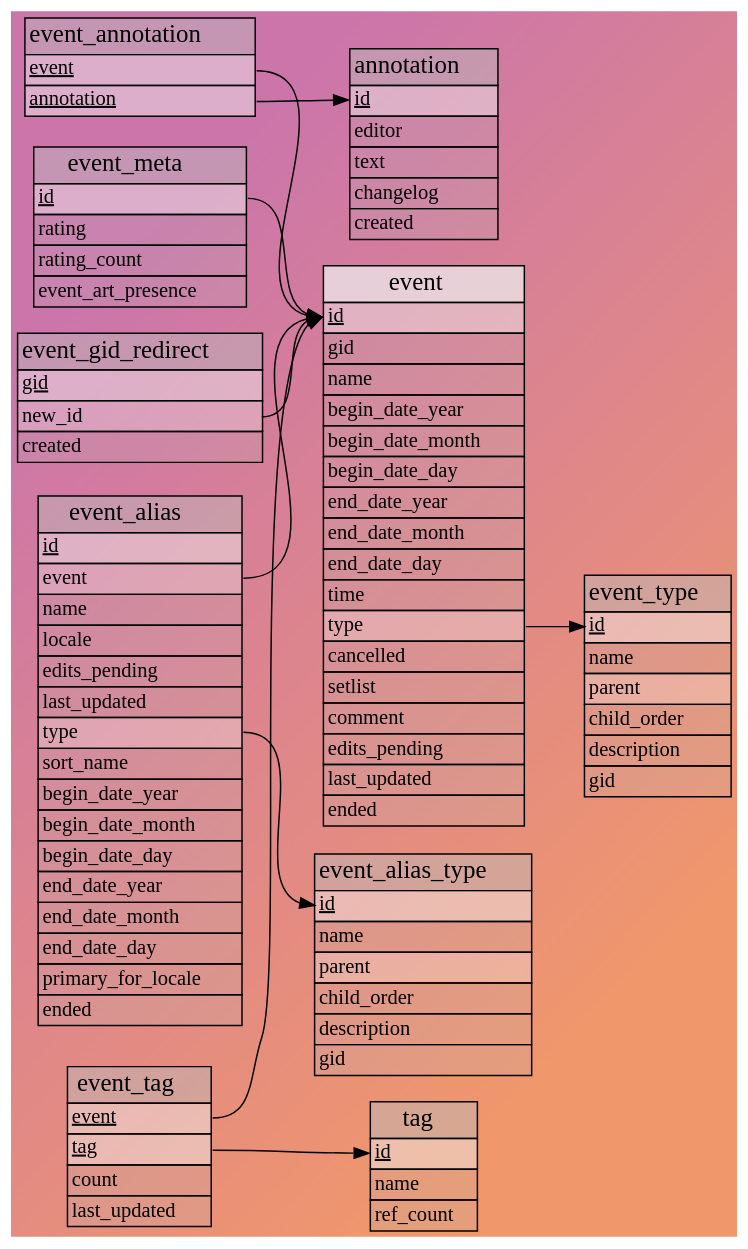
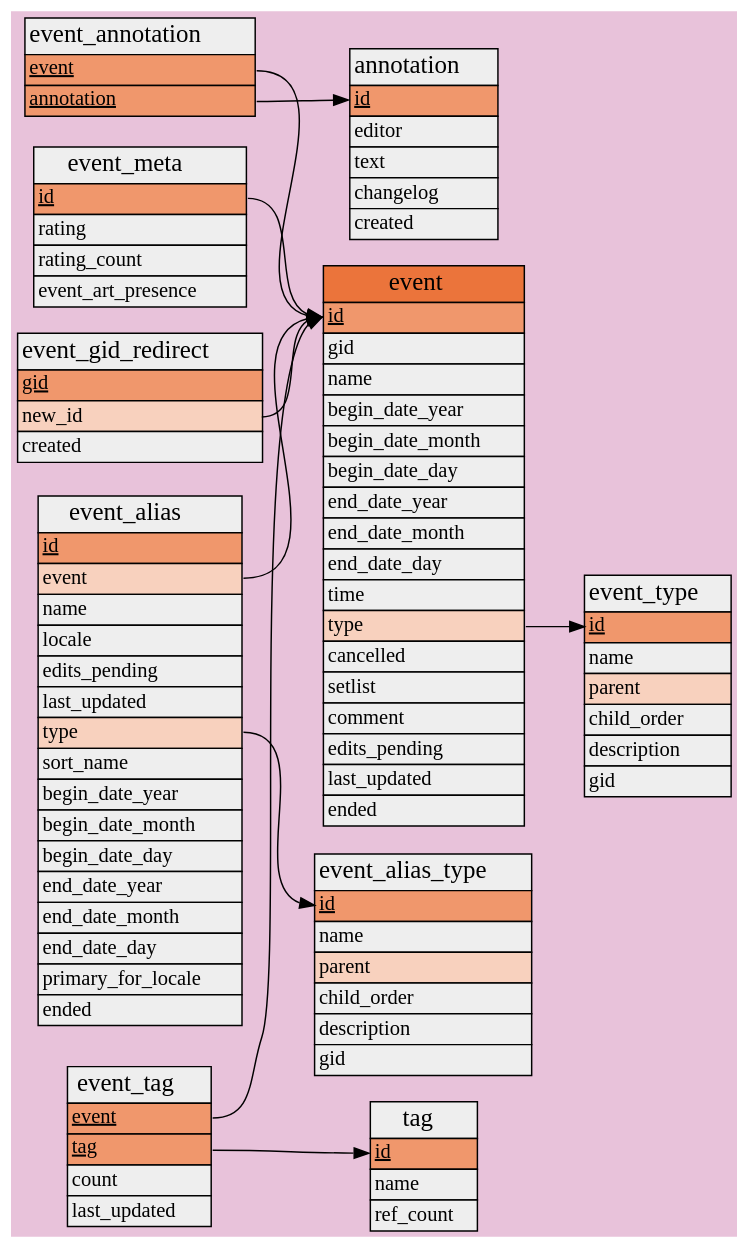
The diagram in docs/database_schema_diagrams/graphs/event_entity_details.dot (metabrainz/musicbrainz-server), drawn with Graphviz before and after one commit. The commit also changed 45 other files, not shown here.

First line of the commit message:
Regenerate graphs and images with new colors

```diff
--- a/docs/database_schema_diagrams/graphs/event_entity_details.dot
+++ b/docs/database_schema_diagrams/graphs/event_entity_details.dot
@@ -3,9 +3,8 @@
 digraph event_entity_details {
     tooltip = "Tables for the “event” entity type properties"
     graph [
-        bgcolor = "#cb75ab:#f0976c"
+        bgcolor = "#e8c2da"
         concentrate = true
-        gradientangle = 330
         pack = true
         rankdir = "LR"
     ];
@@ -17,136 +16,136 @@
     "musicbrainz.annotation" [
         label = <
             <table border="0" cellspacing="0" cellborder="1">
-                <tr><td bgcolor="#bbbbbb77"><font point-size="17">annotation</font></td></tr>
-                <tr><td bgcolor="#eeeeee77" align="left" port="id"><font point-size="14"><u>id</u></font></td></tr>
-                <tr><td bgcolor="#bbbbbb33" align="left" port="editor"><font point-size="14">editor</font></td></tr>
-                <tr><td bgcolor="#bbbbbb33" align="left" port="text"><font point-size="14">text</font></td></tr>
-                <tr><td bgcolor="#bbbbbb33" align="left" port="changelog"><font point-size="14">changelog</font></td></tr>
-                <tr><td bgcolor="#bbbbbb33" align="left" port="created"><font point-size="14">created</font></td></tr>
+                <tr><td bgcolor="#eeeeee"><font point-size="17">annotation</font></td></tr>
+                <tr><td bgcolor="#f0976c" align="left" port="id"><font point-size="14"><u>id</u></font></td></tr>
+                <tr><td bgcolor="#eeeeee" align="left" port="editor"><font point-size="14">editor</font></td></tr>
+                <tr><td bgcolor="#eeeeee" align="left" port="text"><font point-size="14">text</font></td></tr>
+                <tr><td bgcolor="#eeeeee" align="left" port="changelog"><font point-size="14">changelog</font></td></tr>
+                <tr><td bgcolor="#eeeeee" align="left" port="created"><font point-size="14">created</font></td></tr>
             </table>
         >
     ];
     "musicbrainz.event" [
         label = <
             <table border="0" cellspacing="0" cellborder="1">
-                <tr><td bgcolor="#eeeeeebb"><font point-size="17">event</font></td></tr>
-                <tr><td bgcolor="#eeeeee77" align="left" port="id"><font point-size="14"><u>id</u></font></td></tr>
-                <tr><td bgcolor="#bbbbbb33" align="left" port="gid"><font point-size="14">gid</font></td></tr>
-                <tr><td bgcolor="#bbbbbb33" align="left" port="name"><font point-size="14">name</font></td></tr>
-                <tr><td bgcolor="#bbbbbb33" align="left" port="begin_date_year"><font point-size="14">begin_date_year</font></td></tr>
-                <tr><td bgcolor="#bbbbbb33" align="left" port="begin_date_month"><font point-size="14">begin_date_month</font></td></tr>
-                <tr><td bgcolor="#bbbbbb33" align="left" port="begin_date_day"><font point-size="14">begin_date_day</font></td></tr>
-                <tr><td bgcolor="#bbbbbb33" align="left" port="end_date_year"><font point-size="14">end_date_year</font></td></tr>
-                <tr><td bgcolor="#bbbbbb33" align="left" port="end_date_month"><font point-size="14">end_date_month</font></td></tr>
-                <tr><td bgcolor="#bbbbbb33" align="left" port="end_date_day"><font point-size="14">end_date_day</font></td></tr>
-                <tr><td bgcolor="#bbbbbb33" align="left" port="time"><font point-size="14">time</font></td></tr>
-                <tr><td bgcolor="#eeeeee55" align="left" port="type"><font point-size="14">type</font></td></tr>
-                <tr><td bgcolor="#bbbbbb33" align="left" port="cancelled"><font point-size="14">cancelled</font></td></tr>
-                <tr><td bgcolor="#bbbbbb33" align="left" port="setlist"><font point-size="14">setlist</font></td></tr>
-                <tr><td bgcolor="#bbbbbb33" align="left" port="comment"><font point-size="14">comment</font></td></tr>
-                <tr><td bgcolor="#bbbbbb33" align="left" port="edits_pending"><font point-size="14">edits_pending</font></td></tr>
-                <tr><td bgcolor="#bbbbbb33" align="left" port="last_updated"><font point-size="14">last_updated</font></td></tr>
-                <tr><td bgcolor="#bbbbbb33" align="left" port="ended"><font point-size="14">ended</font></td></tr>
+                <tr><td bgcolor="#eb743b"><font point-size="17">event</font></td></tr>
+                <tr><td bgcolor="#f0976c" align="left" port="id"><font point-size="14"><u>id</u></font></td></tr>
+                <tr><td bgcolor="#eeeeee" align="left" port="gid"><font point-size="14">gid</font></td></tr>
+                <tr><td bgcolor="#eeeeee" align="left" port="name"><font point-size="14">name</font></td></tr>
+                <tr><td bgcolor="#eeeeee" align="left" port="begin_date_year"><font point-size="14">begin_date_year</font></td></tr>
+                <tr><td bgcolor="#eeeeee" align="left" port="begin_date_month"><font point-size="14">begin_date_month</font></td></tr>
+                <tr><td bgcolor="#eeeeee" align="left" port="begin_date_day"><font point-size="14">begin_date_day</font></td></tr>
+                <tr><td bgcolor="#eeeeee" align="left" port="end_date_year"><font point-size="14">end_date_year</font></td></tr>
+                <tr><td bgcolor="#eeeeee" align="left" port="end_date_month"><font point-size="14">end_date_month</font></td></tr>
+                <tr><td bgcolor="#eeeeee" align="left" port="end_date_day"><font point-size="14">end_date_day</font></td></tr>
+                <tr><td bgcolor="#eeeeee" align="left" port="time"><font point-size="14">time</font></td></tr>
+                <tr><td bgcolor="#f8d1be" align="left" port="type"><font point-size="14">type</font></td></tr>
+                <tr><td bgcolor="#eeeeee" align="left" port="cancelled"><font point-size="14">cancelled</font></td></tr>
+                <tr><td bgcolor="#eeeeee" align="left" port="setlist"><font point-size="14">setlist</font></td></tr>
+                <tr><td bgcolor="#eeeeee" align="left" port="comment"><font point-size="14">comment</font></td></tr>
+                <tr><td bgcolor="#eeeeee" align="left" port="edits_pending"><font point-size="14">edits_pending</font></td></tr>
+                <tr><td bgcolor="#eeeeee" align="left" port="last_updated"><font point-size="14">last_updated</font></td></tr>
+                <tr><td bgcolor="#eeeeee" align="left" port="ended"><font point-size="14">ended</font></td></tr>
             </table>
         >
     ];
     "musicbrainz.event_alias" [
         label = <
             <table border="0" cellspacing="0" cellborder="1">
-                <tr><td bgcolor="#bbbbbb77"><font point-size="17">event_alias</font></td></tr>
-                <tr><td bgcolor="#eeeeee77" align="left" port="id"><font point-size="14"><u>id</u></font></td></tr>
-                <tr><td bgcolor="#eeeeee55" align="left" port="event"><font point-size="14">event</font></td></tr>
-                <tr><td bgcolor="#bbbbbb33" align="left" port="name"><font point-size="14">name</font></td></tr>
-                <tr><td bgcolor="#bbbbbb33" align="left" port="locale"><font point-size="14">locale</font></td></tr>
-                <tr><td bgcolor="#bbbbbb33" align="left" port="edits_pending"><font point-size="14">edits_pending</font></td></tr>
-                <tr><td bgcolor="#bbbbbb33" align="left" port="last_updated"><font point-size="14">last_updated</font></td></tr>
-                <tr><td bgcolor="#eeeeee55" align="left" port="type"><font point-size="14">type</font></td></tr>
-                <tr><td bgcolor="#bbbbbb33" align="left" port="sort_name"><font point-size="14">sort_name</font></td></tr>
-                <tr><td bgcolor="#bbbbbb33" align="left" port="begin_date_year"><font point-size="14">begin_date_year</font></td></tr>
-                <tr><td bgcolor="#bbbbbb33" align="left" port="begin_date_month"><font point-size="14">begin_date_month</font></td></tr>
-                <tr><td bgcolor="#bbbbbb33" align="left" port="begin_date_day"><font point-size="14">begin_date_day</font></td></tr>
-                <tr><td bgcolor="#bbbbbb33" align="left" port="end_date_year"><font point-size="14">end_date_year</font></td></tr>
-                <tr><td bgcolor="#bbbbbb33" align="left" port="end_date_month"><font point-size="14">end_date_month</font></td></tr>
-                <tr><td bgcolor="#bbbbbb33" align="left" port="end_date_day"><font point-size="14">end_date_day</font></td></tr>
-                <tr><td bgcolor="#bbbbbb33" align="left" port="primary_for_locale"><font point-size="14">primary_for_locale</font></td></tr>
-                <tr><td bgcolor="#bbbbbb33" align="left" port="ended"><font point-size="14">ended</font></td></tr>
+                <tr><td bgcolor="#eeeeee"><font point-size="17">event_alias</font></td></tr>
+                <tr><td bgcolor="#f0976c" align="left" port="id"><font point-size="14"><u>id</u></font></td></tr>
+                <tr><td bgcolor="#f8d1be" align="left" port="event"><font point-size="14">event</font></td></tr>
+                <tr><td bgcolor="#eeeeee" align="left" port="name"><font point-size="14">name</font></td></tr>
+                <tr><td bgcolor="#eeeeee" align="left" port="locale"><font point-size="14">locale</font></td></tr>
+                <tr><td bgcolor="#eeeeee" align="left" port="edits_pending"><font point-size="14">edits_pending</font></td></tr>
+                <tr><td bgcolor="#eeeeee" align="left" port="last_updated"><font point-size="14">last_updated</font></td></tr>
+                <tr><td bgcolor="#f8d1be" align="left" port="type"><font point-size="14">type</font></td></tr>
+                <tr><td bgcolor="#eeeeee" align="left" port="sort_name"><font point-size="14">sort_name</font></td></tr>
+                <tr><td bgcolor="#eeeeee" align="left" port="begin_date_year"><font point-size="14">begin_date_year</font></td></tr>
+                <tr><td bgcolor="#eeeeee" align="left" port="begin_date_month"><font point-size="14">begin_date_month</font></td></tr>
+                <tr><td bgcolor="#eeeeee" align="left" port="begin_date_day"><font point-size="14">begin_date_day</font></td></tr>
+                <tr><td bgcolor="#eeeeee" align="left" port="end_date_year"><font point-size="14">end_date_year</font></td></tr>
+                <tr><td bgcolor="#eeeeee" align="left" port="end_date_month"><font point-size="14">end_date_month</font></td></tr>
+                <tr><td bgcolor="#eeeeee" align="left" port="end_date_day"><font point-size="14">end_date_day</font></td></tr>
+                <tr><td bgcolor="#eeeeee" align="left" port="primary_for_locale"><font point-size="14">primary_for_locale</font></td></tr>
+                <tr><td bgcolor="#eeeeee" align="left" port="ended"><font point-size="14">ended</font></td></tr>
             </table>
         >
     ];
     "musicbrainz.event_alias_type" [
         label = <
             <table border="0" cellspacing="0" cellborder="1">
-                <tr><td bgcolor="#bbbbbb77"><font point-size="17">event_alias_type</font></td></tr>
-                <tr><td bgcolor="#eeeeee77" align="left" port="id"><font point-size="14"><u>id</u></font></td></tr>
-                <tr><td bgcolor="#bbbbbb33" align="left" port="name"><font point-size="14">name</font></td></tr>
-                <tr><td bgcolor="#eeeeee55" align="left" port="parent"><font point-size="14">parent</font></td></tr>
-                <tr><td bgcolor="#bbbbbb33" align="left" port="child_order"><font point-size="14">child_order</font></td></tr>
-                <tr><td bgcolor="#bbbbbb33" align="left" port="description"><font point-size="14">description</font></td></tr>
-                <tr><td bgcolor="#bbbbbb33" align="left" port="gid"><font point-size="14">gid</font></td></tr>
+                <tr><td bgcolor="#eeeeee"><font point-size="17">event_alias_type</font></td></tr>
+                <tr><td bgcolor="#f0976c" align="left" port="id"><font point-size="14"><u>id</u></font></td></tr>
+                <tr><td bgcolor="#eeeeee" align="left" port="name"><font point-size="14">name</font></td></tr>
+                <tr><td bgcolor="#f8d1be" align="left" port="parent"><font point-size="14">parent</font></td></tr>
+                <tr><td bgcolor="#eeeeee" align="left" port="child_order"><font point-size="14">child_order</font></td></tr>
+                <tr><td bgcolor="#eeeeee" align="left" port="description"><font point-size="14">description</font></td></tr>
+                <tr><td bgcolor="#eeeeee" align="left" port="gid"><font point-size="14">gid</font></td></tr>
             </table>
         >
     ];
     "musicbrainz.event_annotation" [
         label = <
             <table border="0" cellspacing="0" cellborder="1">
-                <tr><td bgcolor="#bbbbbb77"><font point-size="17">event_annotation</font></td></tr>
-                <tr><td bgcolor="#eeeeee77" align="left" port="event"><font point-size="14"><u>event</u></font></td></tr>
-                <tr><td bgcolor="#eeeeee77" align="left" port="annotation"><font point-size="14"><u>annotation</u></font></td></tr>
+                <tr><td bgcolor="#eeeeee"><font point-size="17">event_annotation</font></td></tr>
+                <tr><td bgcolor="#f0976c" align="left" port="event"><font point-size="14"><u>event</u></font></td></tr>
+                <tr><td bgcolor="#f0976c" align="left" port="annotation"><font point-size="14"><u>annotation</u></font></td></tr>
             </table>
         >
     ];
     "musicbrainz.event_gid_redirect" [
         label = <
             <table border="0" cellspacing="0" cellborder="1">
-                <tr><td bgcolor="#bbbbbb77"><font point-size="17">event_gid_redirect</font></td></tr>
-                <tr><td bgcolor="#eeeeee77" align="left" port="gid"><font point-size="14"><u>gid</u></font></td></tr>
-                <tr><td bgcolor="#eeeeee55" align="left" port="new_id"><font point-size="14">new_id</font></td></tr>
-                <tr><td bgcolor="#bbbbbb33" align="left" port="created"><font point-size="14">created</font></td></tr>
+                <tr><td bgcolor="#eeeeee"><font point-size="17">event_gid_redirect</font></td></tr>
+                <tr><td bgcolor="#f0976c" align="left" port="gid"><font point-size="14"><u>gid</u></font></td></tr>
+                <tr><td bgcolor="#f8d1be" align="left" port="new_id"><font point-size="14">new_id</font></td></tr>
+                <tr><td bgcolor="#eeeeee" align="left" port="created"><font point-size="14">created</font></td></tr>
             </table>
         >
     ];
     "musicbrainz.event_meta" [
         label = <
             <table border="0" cellspacing="0" cellborder="1">
-                <tr><td bgcolor="#bbbbbb77"><font point-size="17">event_meta</font></td></tr>
-                <tr><td bgcolor="#eeeeee77" align="left" port="id"><font point-size="14"><u>id</u></font></td></tr>
-                <tr><td bgcolor="#bbbbbb33" align="left" port="rating"><font point-size="14">rating</font></td></tr>
-                <tr><td bgcolor="#bbbbbb33" align="left" port="rating_count"><font point-size="14">rating_count</font></td></tr>
-                <tr><td bgcolor="#bbbbbb33" align="left" port="event_art_presence"><font point-size="14">event_art_presence</font></td></tr>
+                <tr><td bgcolor="#eeeeee"><font point-size="17">event_meta</font></td></tr>
+                <tr><td bgcolor="#f0976c" align="left" port="id"><font point-size="14"><u>id</u></font></td></tr>
+                <tr><td bgcolor="#eeeeee" align="left" port="rating"><font point-size="14">rating</font></td></tr>
+                <tr><td bgcolor="#eeeeee" align="left" port="rating_count"><font point-size="14">rating_count</font></td></tr>
+                <tr><td bgcolor="#eeeeee" align="left" port="event_art_presence"><font point-size="14">event_art_presence</font></td></tr>
             </table>
         >
     ];
     "musicbrainz.event_tag" [
         label = <
             <table border="0" cellspacing="0" cellborder="1">
-                <tr><td bgcolor="#bbbbbb77"><font point-size="17">event_tag</font></td></tr>
-                <tr><td bgcolor="#eeeeee77" align="left" port="event"><font point-size="14"><u>event</u></font></td></tr>
-                <tr><td bgcolor="#eeeeee77" align="left" port="tag"><font point-size="14"><u>tag</u></font></td></tr>
-                <tr><td bgcolor="#bbbbbb33" align="left" port="count"><font point-size="14">count</font></td></tr>
-                <tr><td bgcolor="#bbbbbb33" align="left" port="last_updated"><font point-size="14">last_updated</font></td></tr>
+                <tr><td bgcolor="#eeeeee"><font point-size="17">event_tag</font></td></tr>
+                <tr><td bgcolor="#f0976c" align="left" port="event"><font point-size="14"><u>event</u></font></td></tr>
+                <tr><td bgcolor="#f0976c" align="left" port="tag"><font point-size="14"><u>tag</u></font></td></tr>
+                <tr><td bgcolor="#eeeeee" align="left" port="count"><font point-size="14">count</font></td></tr>
+                <tr><td bgcolor="#eeeeee" align="left" port="last_updated"><font point-size="14">last_updated</font></td></tr>
             </table>
         >
     ];
     "musicbrainz.event_type" [
         label = <
             <table border="0" cellspacing="0" cellborder="1">
-                <tr><td bgcolor="#bbbbbb77"><font point-size="17">event_type</font></td></tr>
-                <tr><td bgcolor="#eeeeee77" align="left" port="id"><font point-size="14"><u>id</u></font></td></tr>
-                <tr><td bgcolor="#bbbbbb33" align="left" port="name"><font point-size="14">name</font></td></tr>
-                <tr><td bgcolor="#eeeeee55" align="left" port="parent"><font point-size="14">parent</font></td></tr>
-                <tr><td bgcolor="#bbbbbb33" align="left" port="child_order"><font point-size="14">child_order</font></td></tr>
-                <tr><td bgcolor="#bbbbbb33" align="left" port="description"><font point-size="14">description</font></td></tr>
-                <tr><td bgcolor="#bbbbbb33" align="left" port="gid"><font point-size="14">gid</font></td></tr>
+                <tr><td bgcolor="#eeeeee"><font point-size="17">event_type</font></td></tr>
+                <tr><td bgcolor="#f0976c" align="left" port="id"><font point-size="14"><u>id</u></font></td></tr>
+                <tr><td bgcolor="#eeeeee" align="left" port="name"><font point-size="14">name</font></td></tr>
+                <tr><td bgcolor="#f8d1be" align="left" port="parent"><font point-size="14">parent</font></td></tr>
+                <tr><td bgcolor="#eeeeee" align="left" port="child_order"><font point-size="14">child_order</font></td></tr>
+                <tr><td bgcolor="#eeeeee" align="left" port="description"><font point-size="14">description</font></td></tr>
+                <tr><td bgcolor="#eeeeee" align="left" port="gid"><font point-size="14">gid</font></td></tr>
             </table>
         >
     ];
     "musicbrainz.tag" [
         label = <
             <table border="0" cellspacing="0" cellborder="1">
-                <tr><td bgcolor="#bbbbbb77"><font point-size="17">tag</font></td></tr>
-                <tr><td bgcolor="#eeeeee77" align="left" port="id"><font point-size="14"><u>id</u></font></td></tr>
-                <tr><td bgcolor="#bbbbbb33" align="left" port="name"><font point-size="14">name</font></td></tr>
-                <tr><td bgcolor="#bbbbbb33" align="left" port="ref_count"><font point-size="14">ref_count</font></td></tr>
+                <tr><td bgcolor="#eeeeee"><font point-size="17">tag</font></td></tr>
+                <tr><td bgcolor="#f0976c" align="left" port="id"><font point-size="14"><u>id</u></font></td></tr>
+                <tr><td bgcolor="#eeeeee" align="left" port="name"><font point-size="14">name</font></td></tr>
+                <tr><td bgcolor="#eeeeee" align="left" port="ref_count"><font point-size="14">ref_count</font></td></tr>
             </table>
         >
     ];
```
